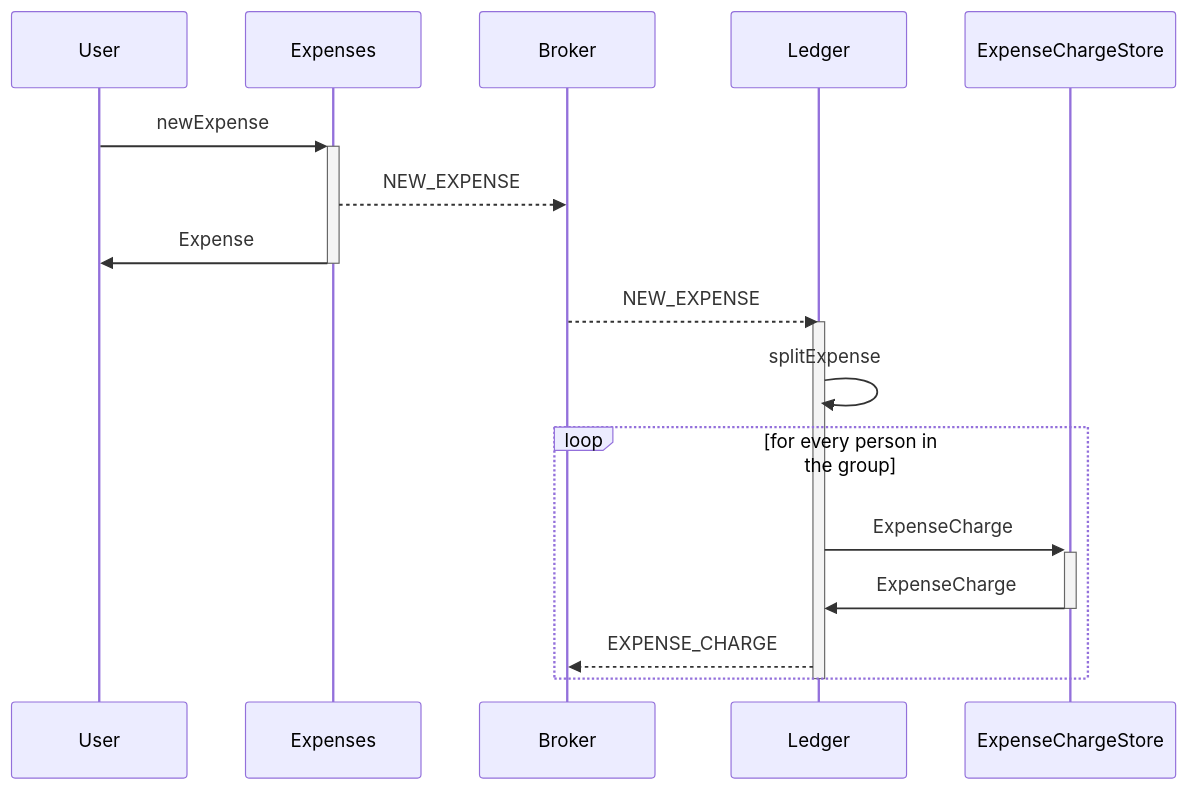
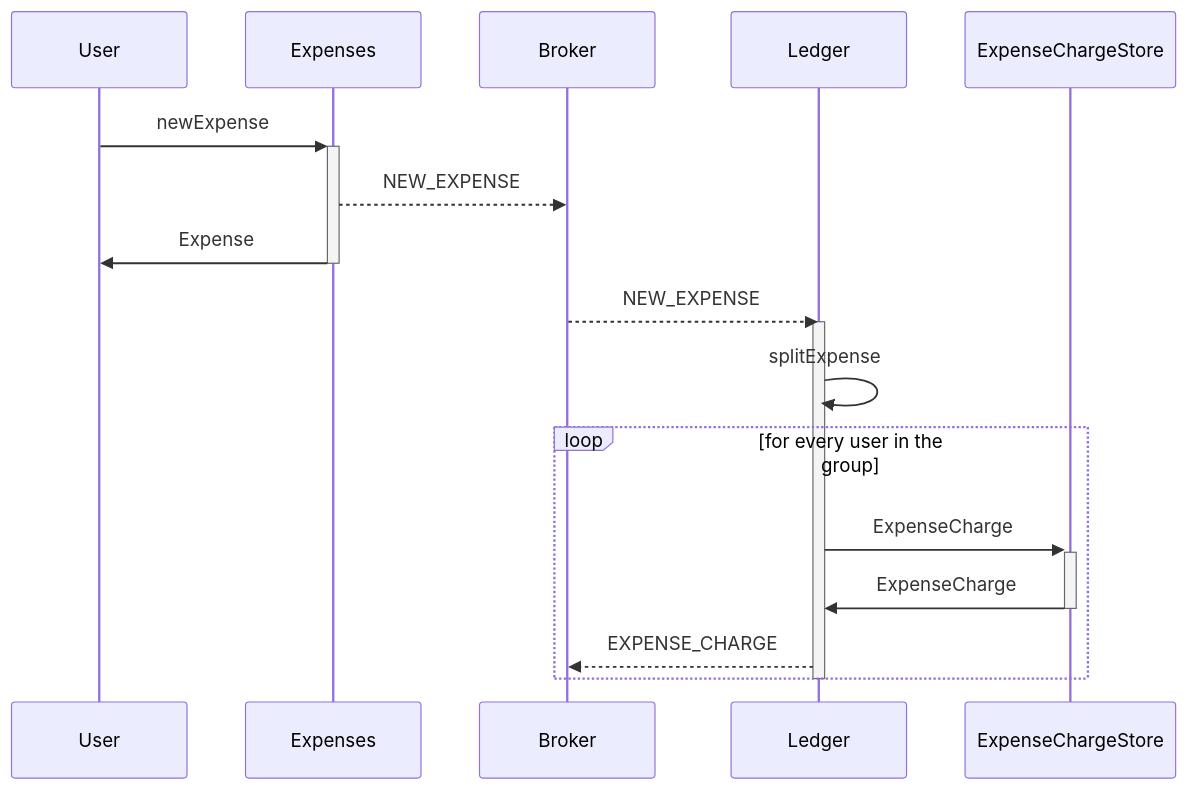
One commit to Cirius1792/expense-app-v3 changed the first of 4 diagrams in README.md. Above: the diagram before and after it, drawn with Mermaid. The commit also changed 72 other files, not shown here.

````diff
--- a/README.md
+++ b/README.md
@@ -4,15 +4,15 @@
 ```mermaid
 sequenceDiagram
     User ->>+ Expenses: newExpense
     Expenses -->> Broker: NEW_EXPENSE
     Expenses ->>- User: Expense
     Broker -->> Ledger: NEW_EXPENSE
     activate Ledger
     Ledger ->> Ledger: splitExpense
-    loop for every person in the group
+    loop for every user in the group
         Ledger ->>+ ExpenseChargeStore: ExpenseCharge
         ExpenseChargeStore ->>- Ledger: ExpenseCharge
         Ledger -->> Broker: EXPENSE_CHARGE
     end
     deactivate Ledger
 ```
````
